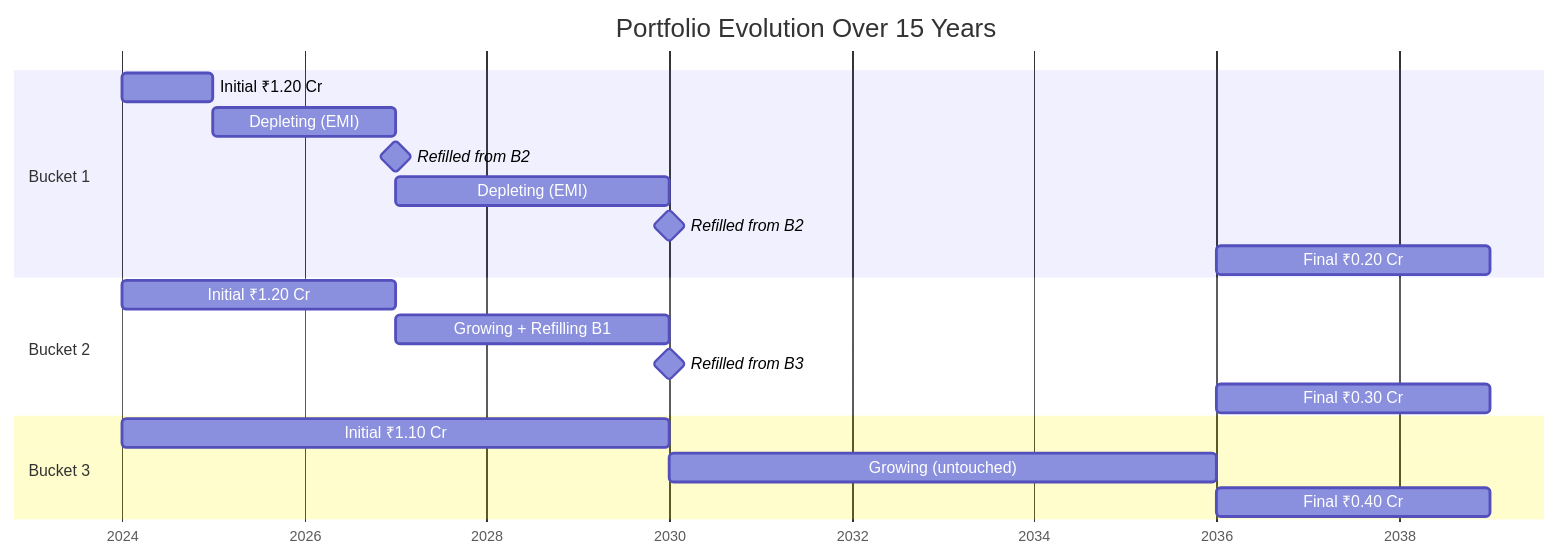
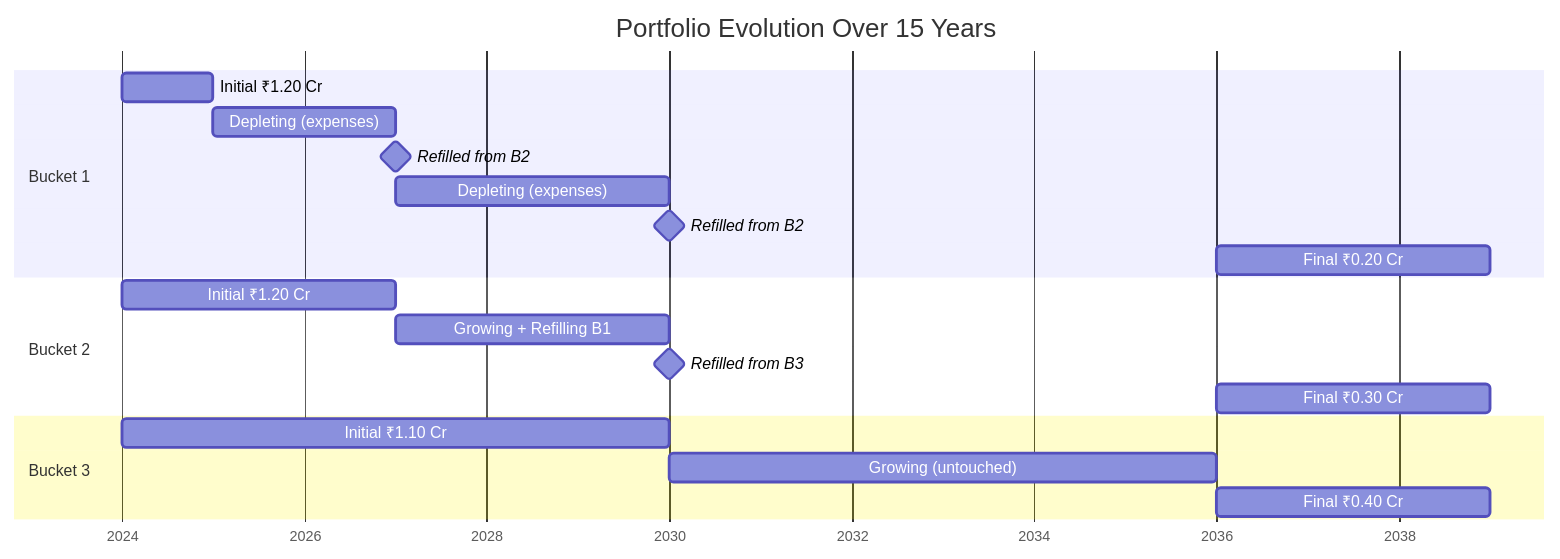
One commit to naren-m/literature-notes changed the sixth of 9 diagrams in finances/three_bucket_investment_strategy.md. Above: the diagram before and after it, drawn with Mermaid.

Commit message:
Auto saved by Logseq

````diff
--- a/finances/three_bucket_investment_strategy.md
+++ b/finances/three_bucket_investment_strategy.md
@@ -383,25 +383,25 @@
 ```mermaid
 gantt
     title Portfolio Evolution Over 15 Years
     dateFormat  YYYY
     axisFormat  %Y
     
     section Bucket 1
     Initial ₹1.20 Cr           :2024, 2025
-    Depleting (EMI)            :2025, 2027
+    Depleting (expenses)       :2025, 2027
     Refilled from B2           :milestone, 2027, 0d
-    Depleting (EMI)            :2027, 2030
+    Depleting (expenses)       :2027, 2030
     Refilled from B2           :milestone, 2030, 0d
     Final ₹0.20 Cr             :2036, 2039
     
     section Bucket 2
     Initial ₹1.20 Cr           :2024, 2027
     Growing + Refilling B1     :2027, 2030
     Refilled from B3           :milestone, 2030, 0d
     Final ₹0.30 Cr             :2036, 2039
     
     section Bucket 3
     Initial ₹1.10 Cr           :2024, 2030
     Growing (untouched)        :2030, 2036
     Final ₹0.40 Cr             :2036, 2039
 ```
````
